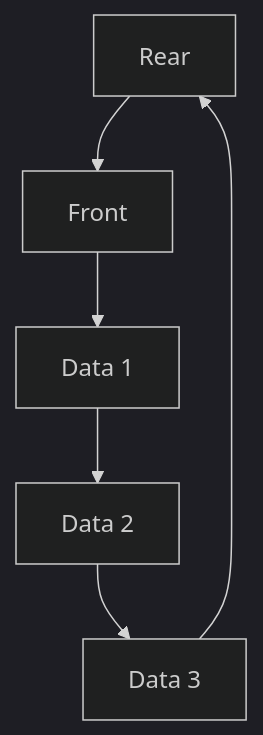
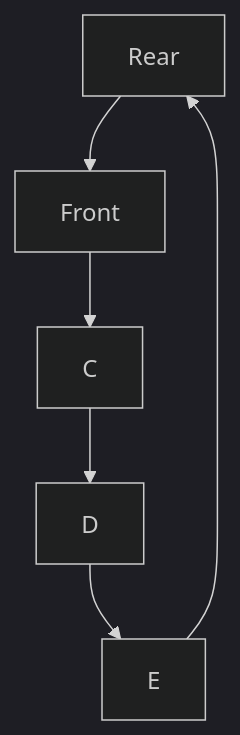
Before and after one commit to fanquanpp/MyNotebook: the third of 5 diagrams in 02-C语言/README.md, drawn with Mermaid (dark theme). The commit also changed other lines of this file and 3 other files, not shown here.

````diff
--- a/02-C语言/README.md
+++ b/02-C语言/README.md
@@ -246,8 +238,4 @@
 ```mermaid
 graph TD
-    A[Rear] --> B[Front]
-    B --> C[Data 1]
-    C --> D[Data 2]
-    D --> E[Data 3]
-    E --> A
+    A[Rear] --> B[Front] --> C --> D --> E --> A
 ```
````
